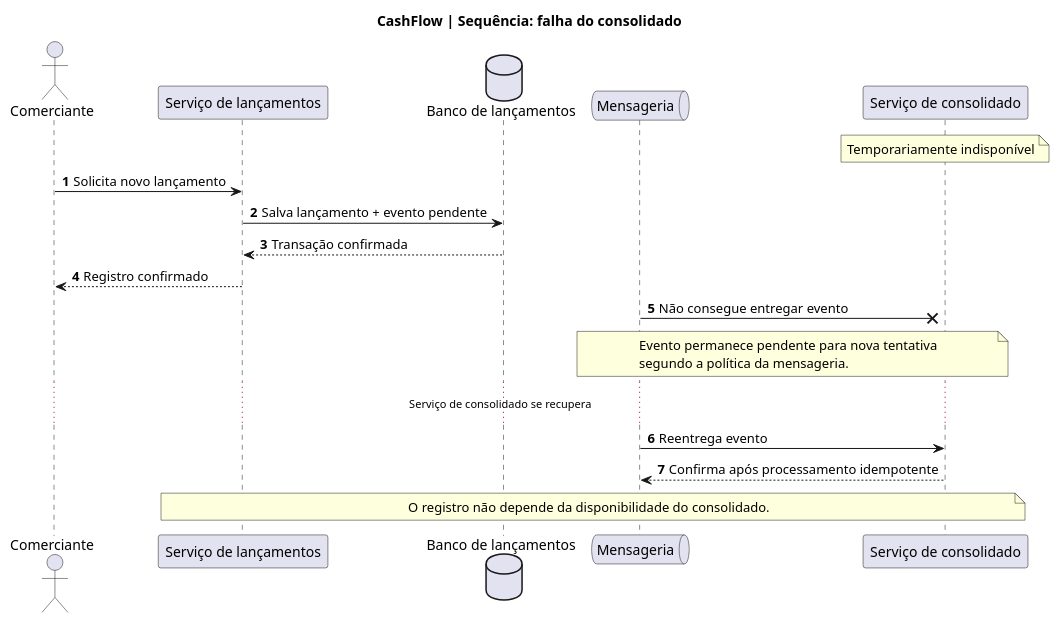
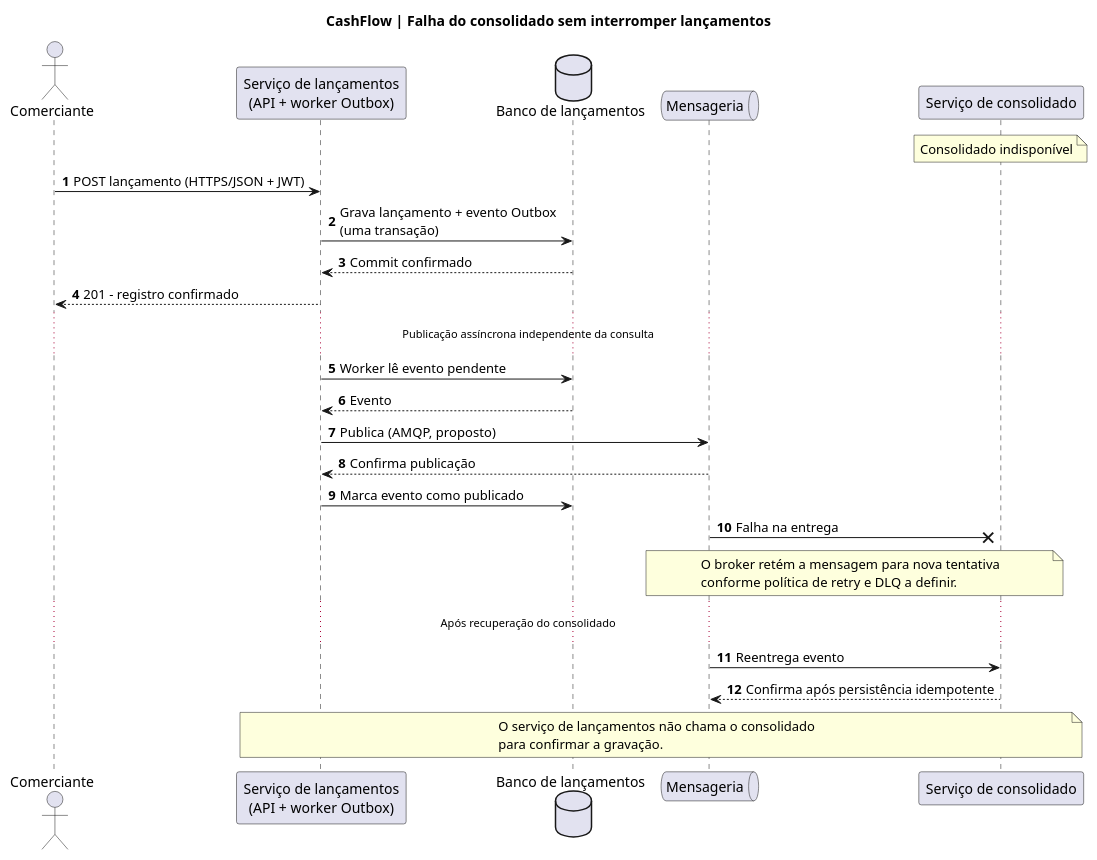
The diagram in docs/architecture/sequence-failure.puml (wolwerr/CashFlow-Architecture), drawn with PlantUML before and after one commit.

Commit message:
docs(architecture): embed outbox worker and proposed protocols/security/telemetry (#6)

```diff
--- a/docs/architecture/sequence-failure.puml
+++ b/docs/architecture/sequence-failure.puml
@@ -1,23 +1,32 @@
 @startuml CashFlow_Consolidation_Failure
-title CashFlow | Sequência: falha do consolidado
+title CashFlow | Falha do consolidado sem interromper lançamentos
 autonumber
 actor Comerciante
-participant "Serviço de lançamentos" as L
+participant "Serviço de lançamentos\n(API + worker Outbox)" as L
 database "Banco de lançamentos" as BL
 queue "Mensageria" as M
 participant "Serviço de consolidado" as C
-note over C: Temporariamente indisponível
-Comerciante -> L: Solicita novo lançamento
-L -> BL: Salva lançamento + evento pendente
-BL --> L: Transação confirmada
-L --> Comerciante: Registro confirmado
-M ->x C: Não consegue entregar evento
+note over C: Consolidado indisponível
+Comerciante -> L: POST lançamento (HTTPS/JSON + JWT)
+L -> BL: Grava lançamento + evento Outbox\n(uma transação)
+BL --> L: Commit confirmado
+L --> Comerciante: 201 - registro confirmado
+... Publicação assíncrona independente da consulta ...
+L -> BL: Worker lê evento pendente
+BL --> L: Evento
+L -> M: Publica (AMQP, proposto)
+M --> L: Confirma publicação
+L -> BL: Marca evento como publicado
+M ->x C: Falha na entrega
 note over M,C
-Evento permanece pendente para nova tentativa
-segundo a política da mensageria.
+O broker retém a mensagem para nova tentativa
+conforme política de retry e DLQ a definir.
 end note
-... Serviço de consolidado se recupera ...
+... Após recuperação do consolidado ...
 M -> C: Reentrega evento
-C --> M: Confirma após processamento idempotente
-note over L,C: O registro não depende da disponibilidade do consolidado.
+C --> M: Confirma após persistência idempotente
+note over L,C
+O serviço de lançamentos não chama o consolidado
+para confirmar a gravação.
+end note
 @enduml
```
